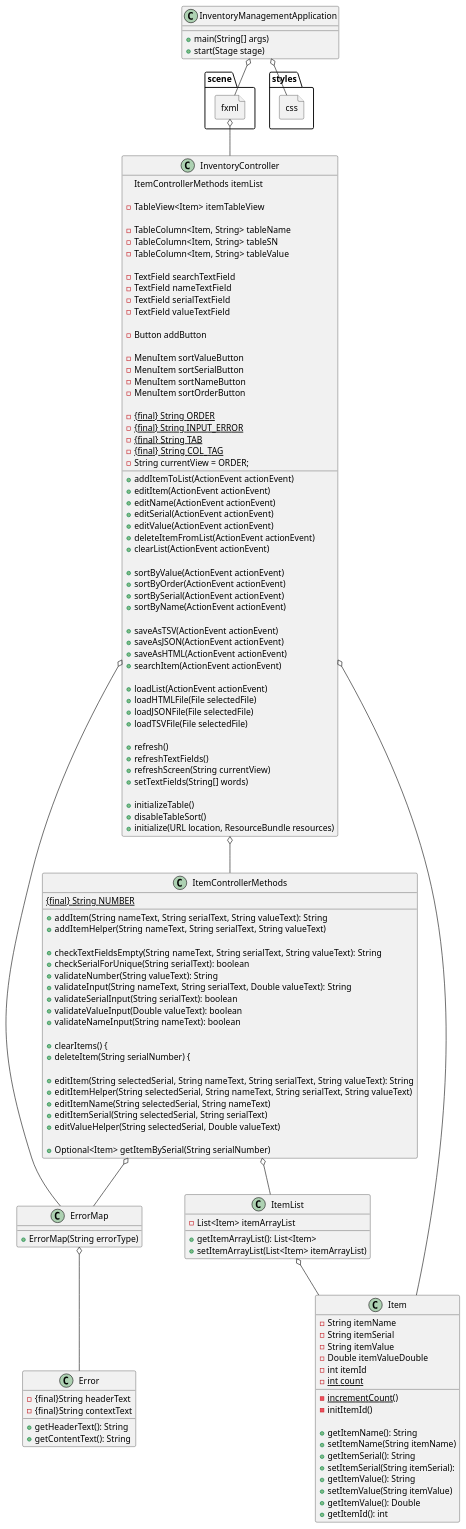
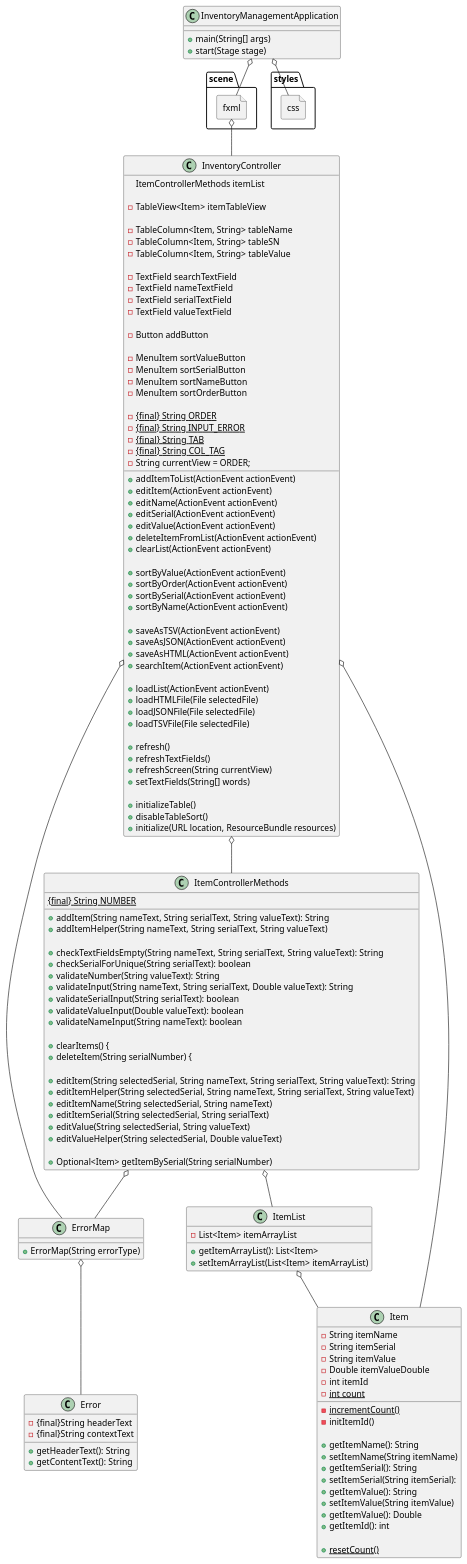
The diagram in InventoryManager/docs/main.puml (nader-fares/fares-app2), drawn with PlantUML before and after one commit. The commit also changed 19 other files, not shown here.

```diff
--- a/InventoryManager/docs/main.puml
+++ b/InventoryManager/docs/main.puml
@@ -1,158 +1,160 @@
 @startuml
 'https://plantuml.com/sequence-diagram
 
 class InventoryManagementApplication {
 +main(String[] args)
 +start(Stage stage)
 }
 
 class Error {
 -{final}String headerText
 -{final}String contextText
 +getHeaderText(): String
 +getContentText(): String
 }
 
 class ErrorMap {
 +ErrorMap(String errorType)
 }
 
 class InventoryController {
 ItemControllerMethods itemList
 
 -TableView<Item> itemTableView
 
 -TableColumn<Item, String> tableName
 -TableColumn<Item, String> tableSN
 -TableColumn<Item, String> tableValue
 
 -TextField searchTextField
 -TextField nameTextField
 -TextField serialTextField
 -TextField valueTextField
 
 -Button addButton
 
 -MenuItem sortValueButton
 -MenuItem sortSerialButton
 -MenuItem sortNameButton
 -MenuItem sortOrderButton
 
 -{static} {final} String ORDER
 -{static} {final} String INPUT_ERROR
 -{static} {final} String TAB
 -{static} {final} String COL_TAG
 -String currentView = ORDER;
 
 +addItemToList(ActionEvent actionEvent)
 +editItem(ActionEvent actionEvent)
 +editName(ActionEvent actionEvent)
 +editSerial(ActionEvent actionEvent)
 +editValue(ActionEvent actionEvent)
 +deleteItemFromList(ActionEvent actionEvent)
 +clearList(ActionEvent actionEvent)
 
 +sortByValue(ActionEvent actionEvent)
 +sortByOrder(ActionEvent actionEvent)
 +sortBySerial(ActionEvent actionEvent)
 +sortByName(ActionEvent actionEvent)
 
 +saveAsTSV(ActionEvent actionEvent)
 +saveAsJSON(ActionEvent actionEvent)
 +saveAsHTML(ActionEvent actionEvent)
 +searchItem(ActionEvent actionEvent)
 
 +loadList(ActionEvent actionEvent)
 +loadHTMLFile(File selectedFile)
 +loadJSONFile(File selectedFile)
 +loadTSVFile(File selectedFile)
 
 +refresh()
 +refreshTextFields()
 +refreshScreen(String currentView)
 +setTextFields(String[] words)
 
 +initializeTable()
 +disableTableSort()
 +initialize(URL location, ResourceBundle resources)
 
 
 }
 
 class Item {
 -String itemName
 -String itemSerial
 -String itemValue
 -Double itemValueDouble
 -int itemId
 -{static} int count
 
 -{static}incrementCount()
 -initItemId()
 
 +getItemName(): String
 +setItemName(String itemName)
 +getItemSerial(): String
 +setItemSerial(String itemSerial):
 +getItemValue(): String
 +setItemValue(String itemValue)
 +getItemValue(): Double
 +getItemId(): int
 
++{static}resetCount()
 }
 class ItemControllerMethods {
 {static}{final} String NUMBER
 
 +addItem(String nameText, String serialText, String valueText): String
 +addItemHelper(String nameText, String serialText, String valueText)
 
 +checkTextFieldsEmpty(String nameText, String serialText, String valueText): String
 +checkSerialForUnique(String serialText): boolean
 +validateNumber(String valueText): String
 +validateInput(String nameText, String serialText, Double valueText): String
 +validateSerialInput(String serialText): boolean
 +validateValueInput(Double valueText): boolean
 +validateNameInput(String nameText): boolean
 
 +clearItems() {
 +deleteItem(String serialNumber) {
 
 +editItem(String selectedSerial, String nameText, String serialText, String valueText): String
 +editItemHelper(String selectedSerial, String nameText, String serialText, String valueText)
 +editItemName(String selectedSerial, String nameText)
 +editItemSerial(String selectedSerial, String serialText)
++editValue(String selectedSerial, String valueText)
 +editValueHelper(String selectedSerial, Double valueText)
 
 +Optional<Item> getItemBySerial(String serialNumber)
 
 
 }
 class ItemList {
 -List<Item> itemArrayList
 +getItemArrayList(): List<Item>
 +setItemArrayList(List<Item> itemArrayList)
 }
 
 file scene.fxml {
 }
 
 file styles.css {
 }
 
 InventoryManagementApplication o-- scene.fxml
 InventoryManagementApplication o-- styles.css
 
 scene.fxml o-- InventoryController
 
 InventoryController o-- Item
 ItemList o-- Item
 
 InventoryController o-- ErrorMap
 ItemControllerMethods o-- ErrorMap
 
 ErrorMap o-- Error
 
 InventoryController o-- ItemControllerMethods
 
 ItemControllerMethods o--ItemList
 @enduml
```
